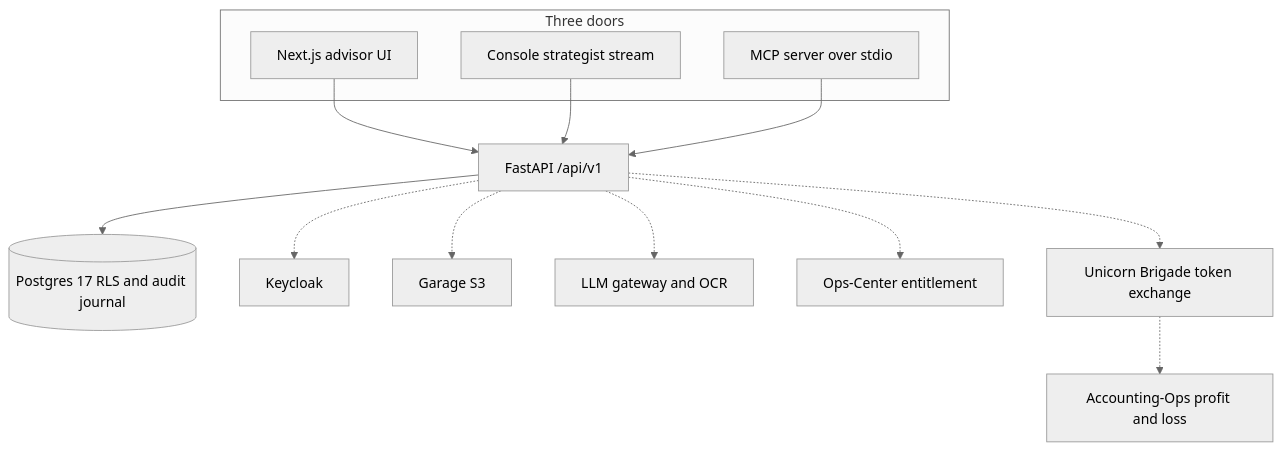
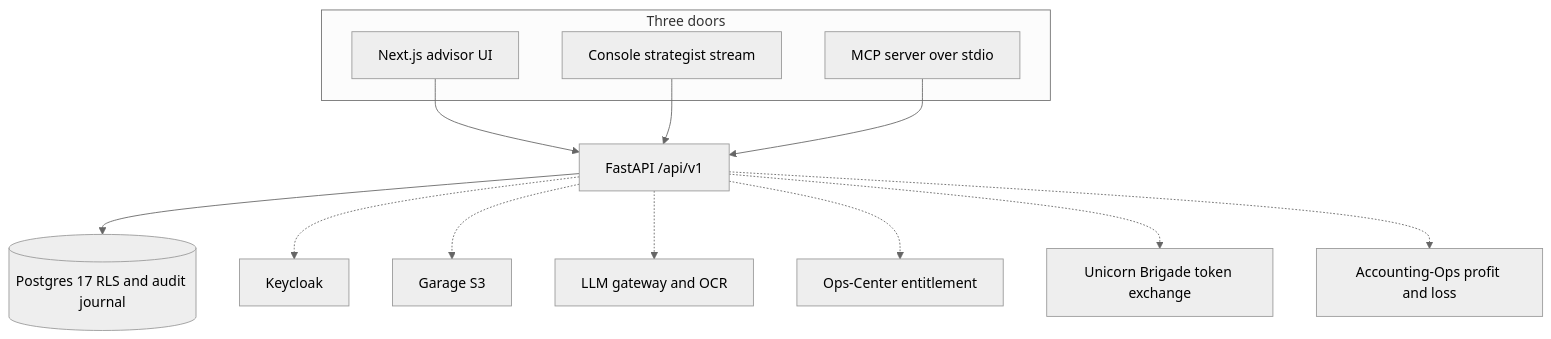
One commit to Unicorn-Commander/Tax-Planning-Ops changed the diagram in README.md. Above: the diagram before and after it, drawn with Mermaid (neutral theme). The commit also changed other lines of this file, not shown here.

````diff
--- a/README.md
+++ b/README.md
@@ -297,20 +312,20 @@
 ```mermaid
 flowchart TB
   subgraph doors [Three doors]
     UI[Next.js advisor UI]
     Console[Console strategist stream]
     MCP[MCP server over stdio]
   end
   API[FastAPI /api/v1]
   PG[(Postgres 17 RLS and audit journal)]
   UI --> API
   Console --> API
   MCP --> API
   API --> PG
   API -.-> KC[Keycloak]
   API -.-> Garage[Garage S3]
   API -.-> LLM[LLM gateway and OCR]
   API -.-> CP[Ops-Center entitlement]
   API -.-> BR[Unicorn Brigade token exchange]
-  BR -.-> AO[Accounting-Ops profit and loss]
+  API -.-> AO[Accounting-Ops profit and loss]
 ```
````
